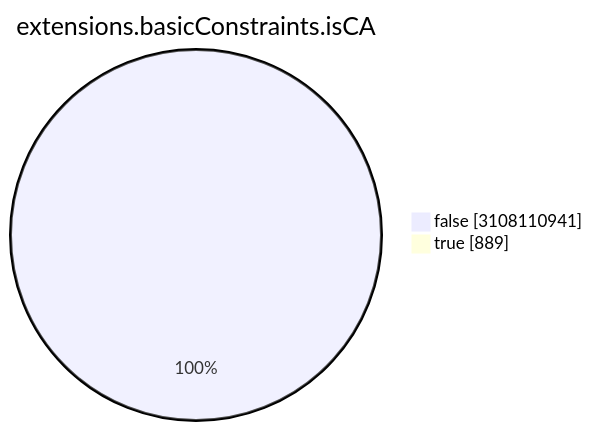
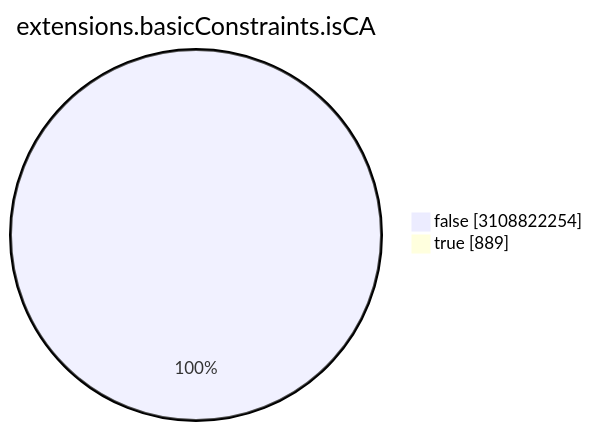
The seventh of 15 diagrams in TOTAL/README.md (christiankrug/ctmonitor_visualization), drawn with Mermaid before and after one commit. The commit also changed other lines of this file, not shown here.

````diff
--- a/TOTAL/README.md
+++ b/TOTAL/README.md
@@ -3088,6 +3088,6 @@
 ```mermaid
 pie showData
 title extensions.basicConstraints.isCA
-"false" :3108110941
+"false" :3108822254
 "true" :889
 ```
````
